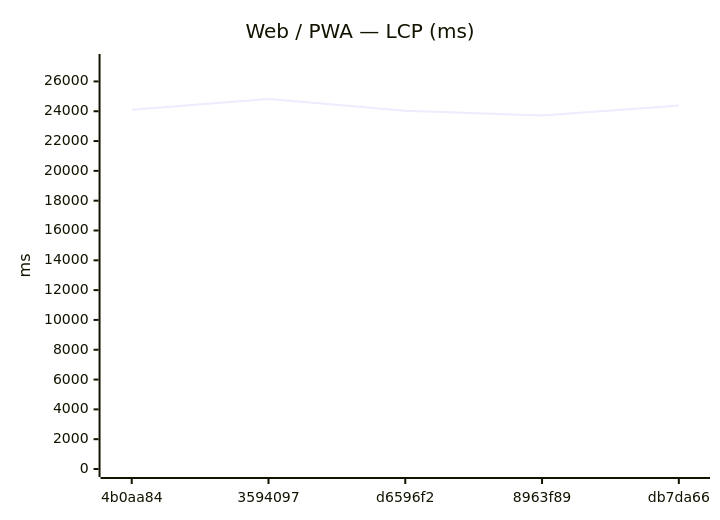
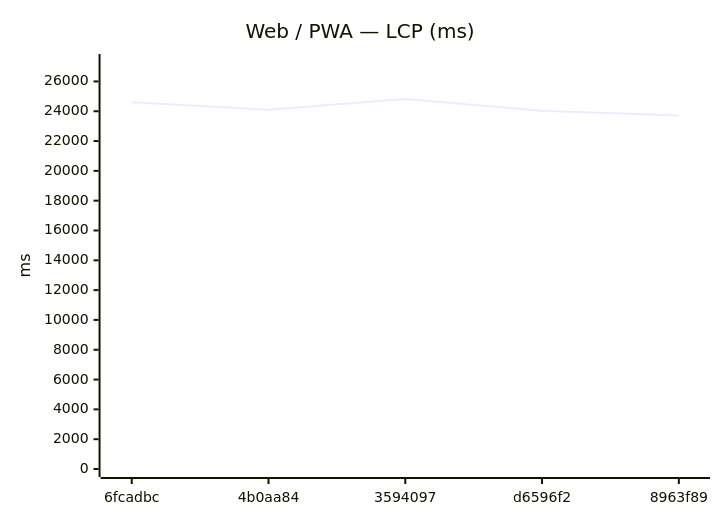
One commit to Metaheurist/Rianell changed the fifth of 12 diagrams in benchmarks/compare.md. Above: the diagram before and after it, drawn with Mermaid. The commit also changed other lines of this file and 8 other files, not shown here.

````diff
--- a/benchmarks/compare.md
+++ b/benchmarks/compare.md
@@ -82,7 +82,7 @@
 ```mermaid
 xychart-beta
     title "Web / PWA — LCP (ms)"
-    x-axis ["4b0aa84", "3594097", "d6596f2", "8963f89", "db7da66"]
+    x-axis ["6fcadbc", "4b0aa84", "3594097", "d6596f2", "8963f89"]
     y-axis "ms" 0 --> 27303
-    line [24101, 24820, 24030, 23715, 24380]
+    line [24599, 24101, 24820, 24030, 23715]
 ```
````
